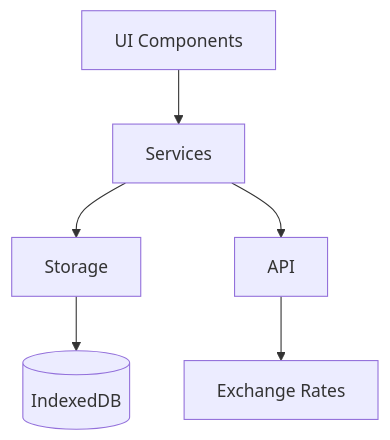
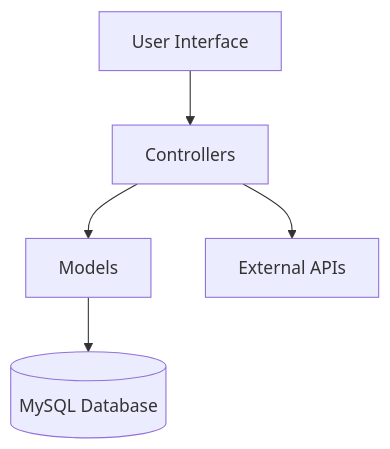
Before and after one commit to hermesthecat/odeme_takip: the fourth of 4 diagrams in memory-bank/systemPatterns.md, drawn with Mermaid. The commit also changed other lines of this file and 5 other files, not shown here.

Commit message:
Refactor project documentation to reflect transition from PWA to PHP/MySQL architecture, update core functionality, and enhance user authentication details.

````diff
--- a/memory-bank/systemPatterns.md
+++ b/memory-bank/systemPatterns.md
@@ -136,8 +115,7 @@
 ```mermaid
 graph TD
-    UI[UI Components] --> SV[Services]
-    SV --> ST[Storage]
-    SV --> AP[API]
-    ST --> DB[(IndexedDB)]
-    AP --> ER[Exchange Rates]
+    C[Controllers] --> M[Models]
+    M --> DB[(MySQL Database)]
+    C --> API[External APIs]
+    UI[User Interface] --> C
 ```
````
